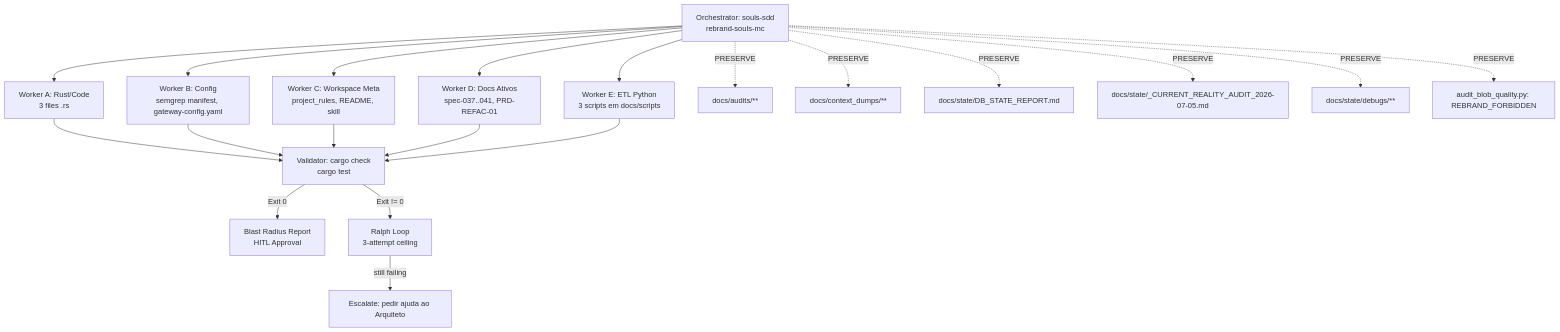
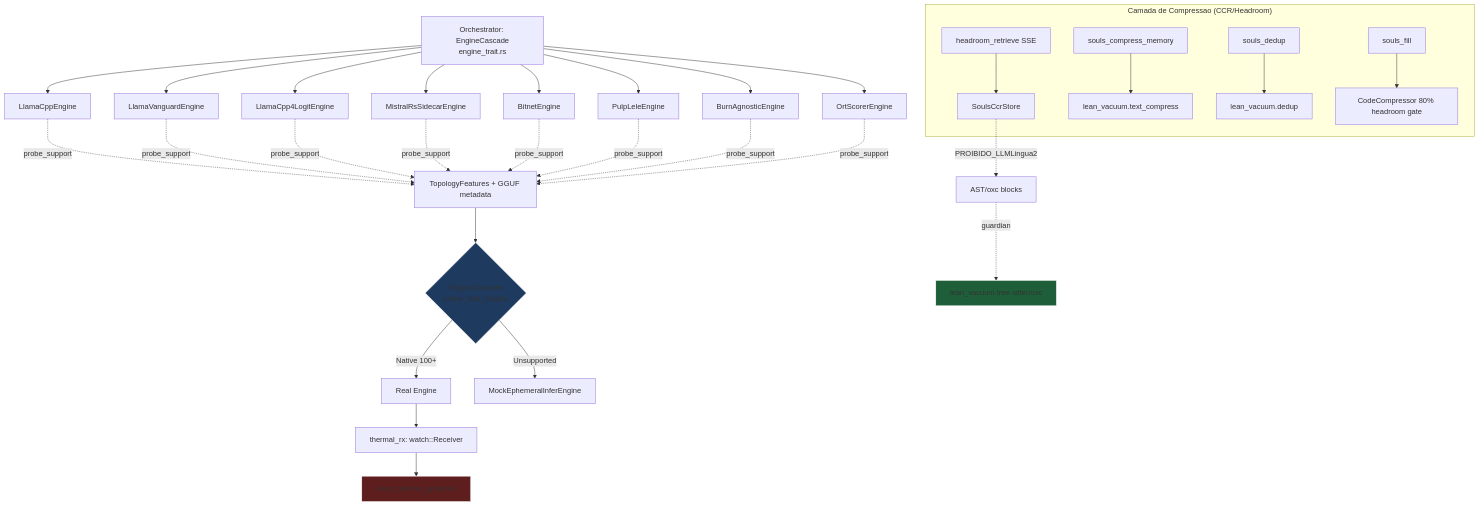
The diagram in docs/fixes/design.md (brunosrosa/genesis_mc), drawn with Mermaid before and after one commit. The commit also changed other lines of this file and 13 other files, not shown here.

````diff
--- a/docs/fixes/design.md
+++ b/docs/fixes/design.md
@@ -42,24 +57,40 @@
 ```mermaid
 flowchart TD
-    O[Orchestrator: souls-sdd<br/>rebrand-souls-mc] --> W1[Worker A: Rust/Code<br/>3 files .rs]
-    O --> W2[Worker B: Config<br/>semgrep manifest, gateway-config.yaml]
-    O --> W3[Worker C: Workspace Meta<br/>project_rules, README, skill]
-    O --> W4[Worker D: Docs Ativos<br/>spec-037..041, PRD-REFAC-01]
-    O --> W5[Worker E: ETL Python<br/>3 scripts em docs/scripts]
-    O -.PRESERVE.-> P1[docs/audits/**]
-    O -.PRESERVE.-> P2[docs/context_dumps/**]
-    O -.PRESERVE.-> P3[docs/state/DB_STATE_REPORT.md]
-    O -.PRESERVE.-> P4[docs/state/_CURRENT_REALITY_AUDIT_2026-07-05.md]
-    O -.PRESERVE.-> P5[docs/state/debugs/**]
-    O -.PRESERVE.-> P6[audit_blob_quality.py: REBRAND_FORBIDDEN]
+    O[Orchestrator: EngineCascade<br/>engine_trait.rs] --> W1[LlamaCppEngine]
+    O --> W2[LlamaVanguardEngine]
+    O --> W3[LlamaCpp4LogitEngine]
+    O --> W4[MistralRsSidecarEngine]
+    O --> W5[BitnetEngine]
+    O --> W6[PulpLeleEngine]
+    O --> W7[BurnAgnosticEngine]
+    O --> W8[OrtScorerEngine]
 
-    W1 --> V[Validator: cargo check<br/>cargo test]
-    W2 --> V
-    W3 --> V
-    W4 --> V
-    W5 --> V
+    W1 -.probe_support.-> P[TopologyFeatures + GGUF metadata]
+    W2 -.probe_support.-> P
+    W3 -.probe_support.-> P
+    W4 -.probe_support.-> P
+    W5 -.probe_support.-> P
+    W6 -.probe_support.-> P
+    W7 -.probe_support.-> P
+    W8 -.probe_support.-> P
 
-    V -->|Exit 0| H[Blast Radius Report<br/>HITL Approval]
-    V -->|Exit != 0| R[Ralph Loop<br/>3-attempt ceiling]
-    R -->|still failing| ESC[Escalate: pedir ajuda ao Arquiteto]
+    P --> C{EngineCascade<br/>probe_best_engine}
+    C -->|Native 100+| R[Real Engine]
+    C -->|Unsupported| M[MockEphemeralInferEngine]
+    R --> T[thermal_rx: watch::Receiver<SystemState>]
+    T --> TG[souls_thermal_governor]
+
+    subgraph "Camada de Compressao (CCR/Headroom)"
+        H1[headroom_retrieve SSE] --> H2[SoulsCcrStore]
+        H3[souls_compress_memory] --> H4[lean_vacuum.text_compress]
+        H5[souls_dedup] --> H6[lean_vacuum.dedup]
+        H7[souls_fill] --> H8[CodeCompressor 80% headroom gate]
+    end
+
+    H2 -.PROIBIDO_LLMLingua2.-> AST[AST/oxc blocks]
+    AST -.guardian.-> LV[lean_vacuum.tree-sitter/oxc]
+
+    style C fill:#1e3a5f,stroke:#fff
+    style TG fill:#5f1e1e,stroke:#fff
+    style LV fill:#1e5f3a,stroke:#fff
 ```
````
